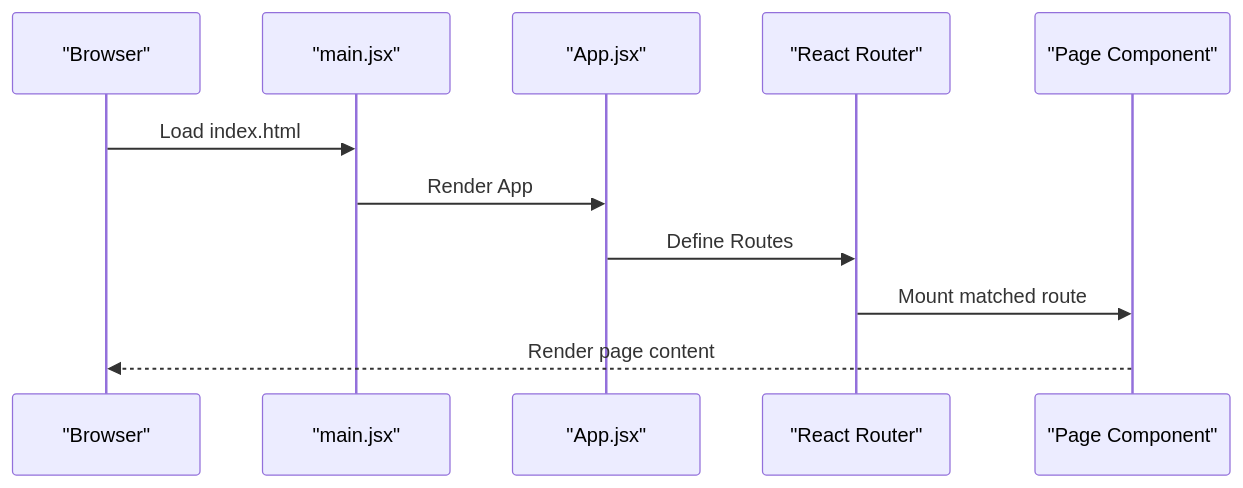
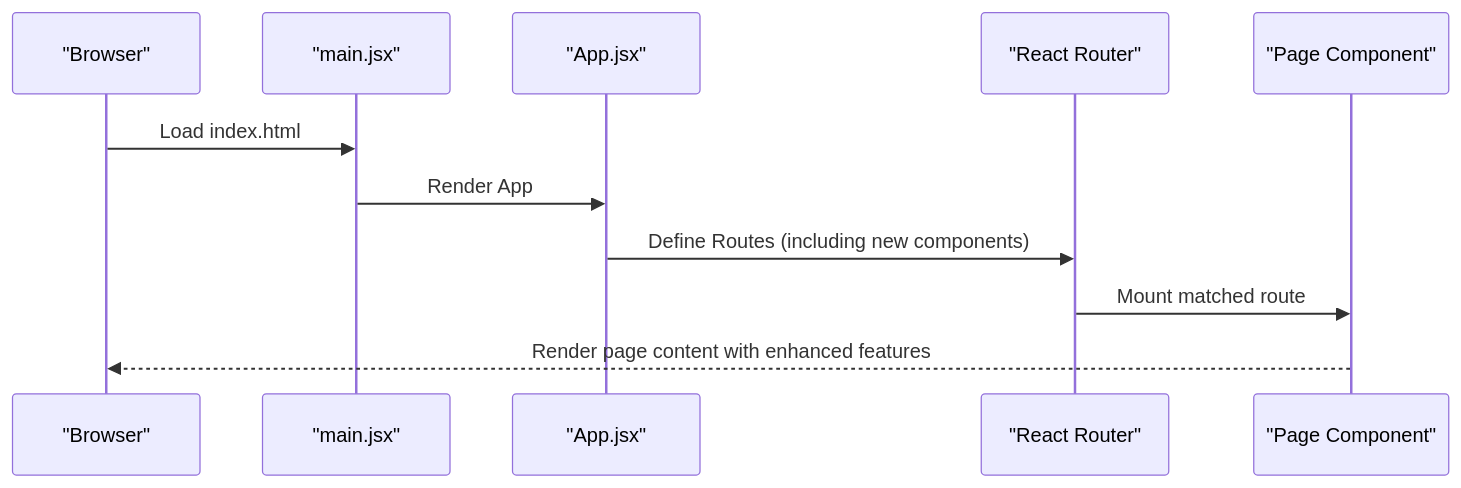
One commit to ganesh-NB/readsphere changed the third of 9 diagrams in .qoder/repowiki/en/content/Frontend Component Architecture/Frontend Component Architecture.md. Above: the diagram before and after it, drawn with Mermaid. The commit also changed other lines of this file and 46 other files, not shown here.

````diff
--- a/.qoder/repowiki/en/content/Frontend Component Architecture/Frontend Component Architecture.md
+++ b/.qoder/repowiki/en/content/Frontend Component Architecture/Frontend Component Architecture.md
@@ -191,13 +223,13 @@
 ```mermaid
 sequenceDiagram
 participant Browser as "Browser"
 participant Main as "main.jsx"
 participant App as "App.jsx"
 participant Router as "React Router"
 participant Page as "Page Component"
 Browser->>Main : Load index.html
 Main->>App : Render App
-App->>Router : Define Routes
+App->>Router : Define Routes (including new components)
 Router->>Page : Mount matched route
-Page-->>Browser : Render page content
+Page-->>Browser : Render page content with enhanced features
 ```
````
